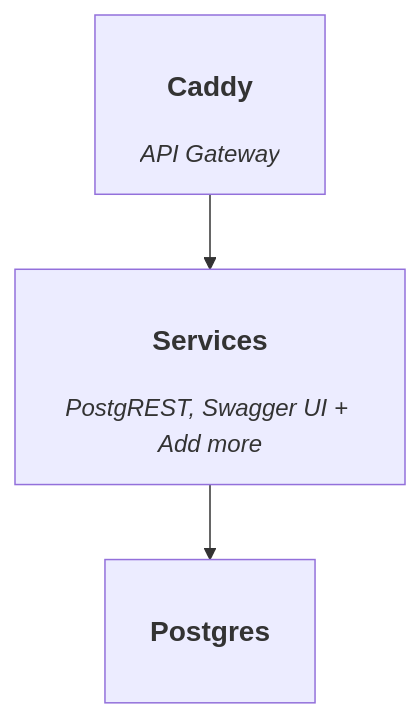
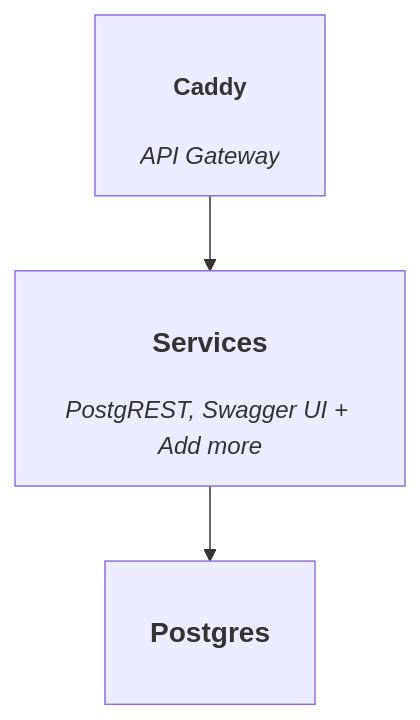
Before and after one commit to explodinglabs/superstack: the diagram in README.md, drawn with Mermaid. The commit also changed other lines of this file, not shown here.

````diff
--- a/README.md
+++ b/README.md
@@ -14,6 +14,6 @@
 ```mermaid
 flowchart TD
-    Caddy["<h3>Caddy</h3><i>API Gateway<i>"]
+    Caddy["<h4>Caddy</h4><i>API Gateway<i>"]
     Caddy --> Middleware["<h3>Services</h3><i>PostgREST, Swagger UI + Add more</i>"]
     Middleware --> Postgres["<h3>Postgres</h3>"]
 ```
````
